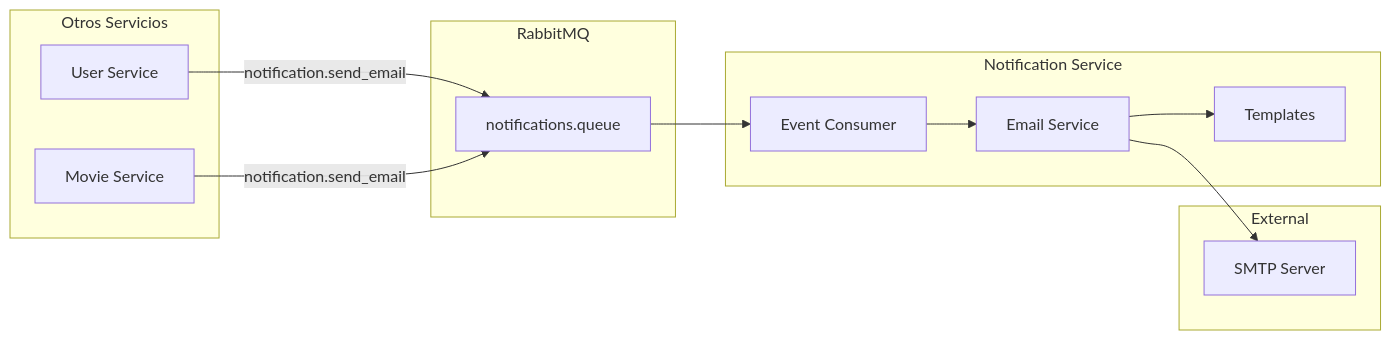
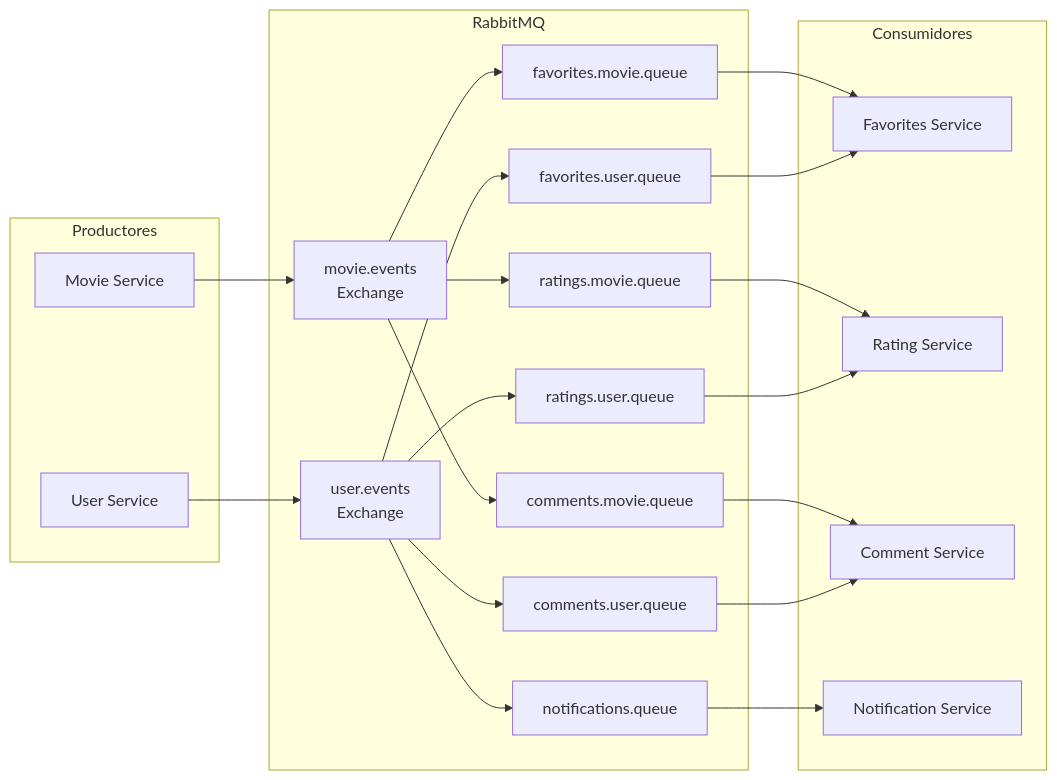
Before and after one commit to paelsam/StreamiaServer: diagram 15 of 27 in README.md, drawn with Mermaid. The commit also changed other lines of this file and 20 other files, not shown here.

````diff
--- a/README.md
+++ b/README.md
@@ -460,28 +460,41 @@
 ```mermaid
 flowchart LR
-    subgraph Otros Servicios
+    subgraph "Productores"
         US[User Service]
         MS[Movie Service]
     end
 
-    subgraph RabbitMQ
-        Q[notifications.queue]
+    subgraph "RabbitMQ"
+        EX1[user.events<br/>Exchange]
+        EX2[movie.events<br/>Exchange]
+        
+        Q1[favorites.user.queue]
+        Q2[ratings.user.queue]
+        Q3[comments.user.queue]
+        Q4[notifications.queue]
+        Q5[favorites.movie.queue]
+        Q6[ratings.movie.queue]
+        Q7[comments.movie.queue]
     end
 
-    subgraph Notification Service
-        CONSUMER[Event Consumer]
-        EMAIL[Email Service]
-        TEMPLATES[Templates]
+    subgraph "Consumidores"
+        FS[Favorites Service]
+        RS[Rating Service]
+        CS[Comment Service]
+        NS[Notification Service]
     end
 
-    subgraph External
-        SMTP[SMTP Server]
-    end
-
-    US --> |notification.send_email| Q
-    MS --> |notification.send_email| Q
-    Q --> CONSUMER
-    CONSUMER --> EMAIL
-    EMAIL --> TEMPLATES
-    EMAIL --> SMTP
+    US --> EX1
+    MS --> EX2
+    
+    EX1 --> Q1 & Q2 & Q3 & Q4
+    EX2 --> Q5 & Q6 & Q7
+    
+    Q1 --> FS
+    Q2 --> RS
+    Q3 --> CS
+    Q4 --> NS
+    Q5 --> FS
+    Q6 --> RS
+    Q7 --> CS
 ```
````
